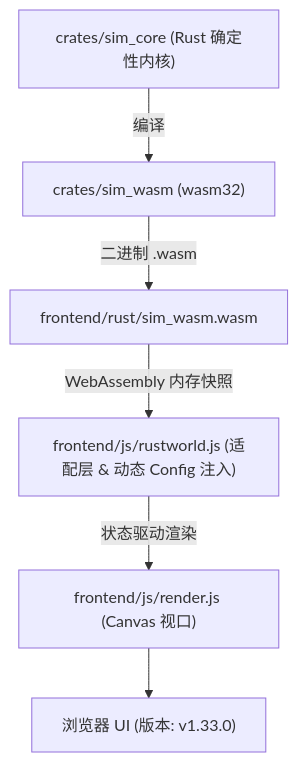
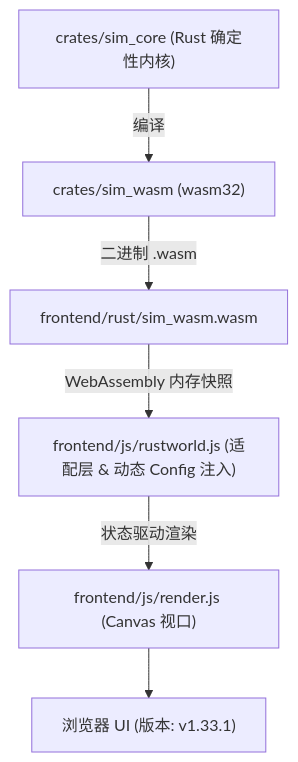
The diagram in AGENTS.md (g39088902/FlowAndAccord), drawn with Mermaid before and after one commit. The commit also changed other lines of this file and 12 other files, not shown here.

````diff
--- a/AGENTS.md
+++ b/AGENTS.md
@@ -51,8 +51,8 @@
 ```mermaid
 graph TD
     A["crates/sim_core (Rust 确定性内核)"] -->|编译| B["crates/sim_wasm (wasm32)"]
     B -->|二进制 .wasm| C["frontend/rust/sim_wasm.wasm"]
     C -->|WebAssembly 内存快照| D["frontend/js/rustworld.js (适配层 & 动态 Config 注入)"]
     D -->|状态驱动渲染| E["frontend/js/render.js (Canvas 视口)"]
-    E --> F["浏览器 UI (版本: v1.33.0)"]
+    E --> F["浏览器 UI (版本: v1.33.1)"]
 ```
````
